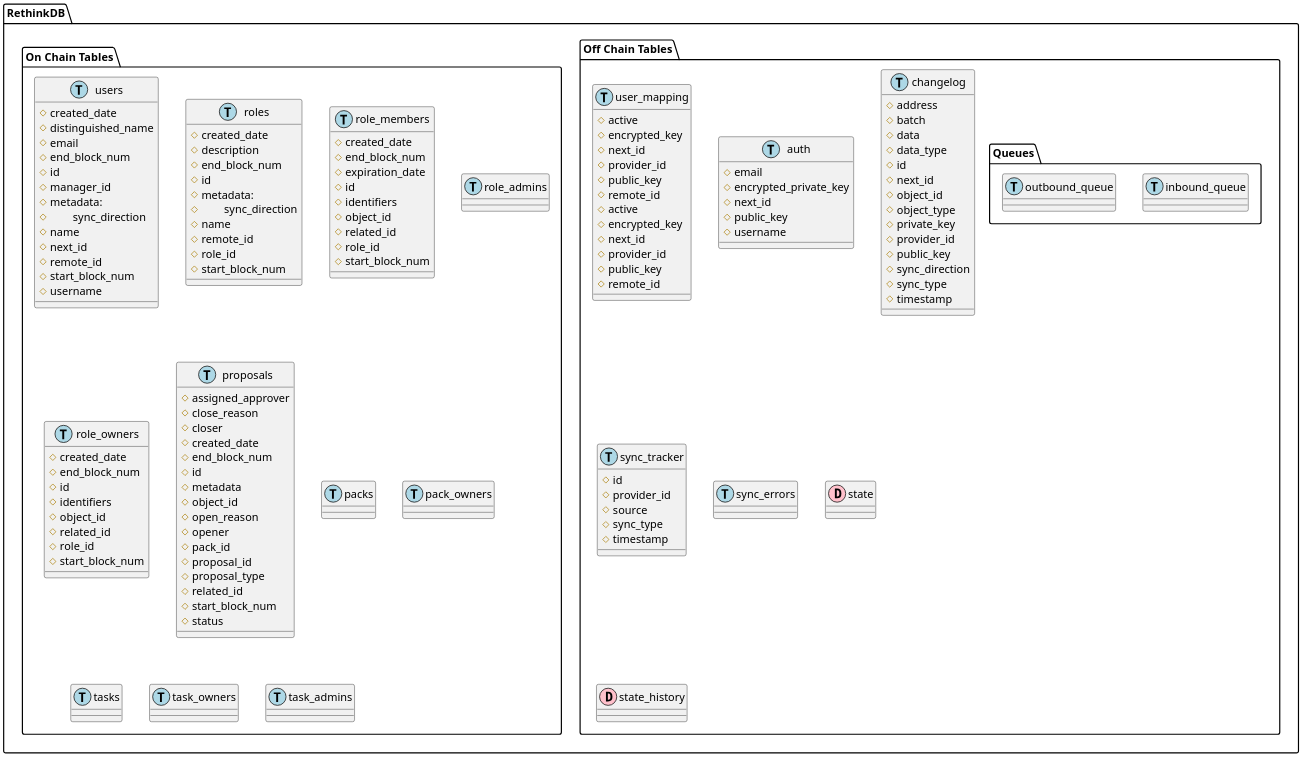
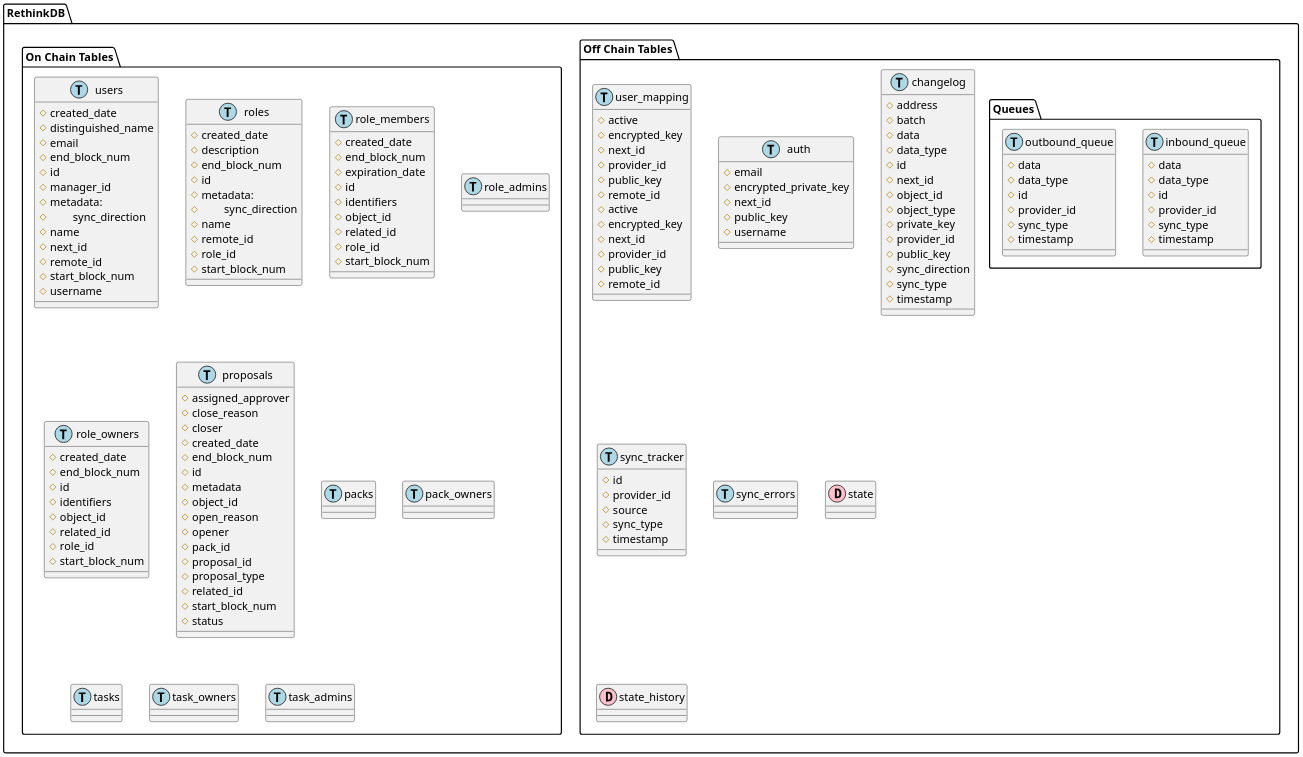
Before and after one commit to hyperledger-archives/sawtooth-next-directory: the diagram in docs/diagrams/src/rethink_db_schemas.wsd, drawn with PlantUML. The commit also changed 9 other files, not shown here.

```diff
--- a/docs/diagrams/src/rethink_db_schemas.wsd
+++ b/docs/diagrams/src/rethink_db_schemas.wsd
@@ -1,162 +1,172 @@
 @startuml RethinkDB Schemas
     allowmixing
     hide stereotype
     scale 2
 
     package "RethinkDB" {
         package "Off Chain Tables" {
             class user_mapping << (T,lightblue) >>{
                 #active
                 #encrypted_key
                 #next_id
                 #provider_id
                 #public_key
                 #remote_id
             }
             class auth << (T,lightblue) >>{
                 #email
                 #encrypted_private_key
                 #next_id
                 #public_key
                 #username
             }
             class changelog << (T,lightblue) >>{
                 #address
                 #batch
                 #data
                 #data_type
                 #id
                 #next_id
                 #object_id
                 #object_type
                 #private_key
                 #provider_id
                 #public_key
                 #sync_direction
                 #sync_type
                 #timestamp
             }
             class user_mapping << (T,lightblue) >>{
                 #active
                 #encrypted_key
                 #next_id
                 #provider_id
                 #public_key
                 #remote_id
             }
             class sync_tracker << (T,lightblue) >>{
                 #id
                 #provider_id
                 #source
                 #sync_type
                 #timestamp
             }
             class sync_errors << (T,lightblue) >> {
 
             }
             ' deprecated
             class state << (D,pink) Deprecated >> {
 
             }
             ' deprecated
             class state_history << (D,pink) Deprecated >> {
 
             }
             package "Queues"  {
                 class inbound_queue << (T,lightblue) >>{
-
+                    #data
+                    #data_type
+                    #id
+                    #provider_id
+                    #sync_type
+                    #timestamp
                 }
                 class outbound_queue << (T,lightblue) >>{
-                    
+                    #data
+                    #data_type
+                    #id
+                    #provider_id
+                    #sync_type
+                    #timestamp
                 }
             }
         }
         package "On Chain Tables" {
             class users << (T,lightblue) >>{
                 #created_date
                 #distinguished_name
                 #email
                 #end_block_num
                 #id
                 #manager_id
                 #metadata:
                 #\tsync_direction
                 #name
                 #next_id
                 #remote_id
                 #start_block_num
                 #username
 
             }
             class roles << (T,lightblue) >>{
                 #created_date
                 #description
                 #end_block_num
                 #id
                 #metadata:
                 #\tsync_direction
                 #name
                 #remote_id
                 #role_id
                 #start_block_num
             }
             class role_members << (T,lightblue) >>{
                 #created_date
                 #end_block_num
                 #expiration_date
                 #id
                 #identifiers
                 #object_id
                 #related_id
                 #role_id
                 #start_block_num
             }
             class role_admins << (T,lightblue) >>{
 
             }
             class role_owners << (T,lightblue) >>{
                 #created_date
                 #end_block_num
                 #id
                 #identifiers
                 #object_id
                 #related_id
                 #role_id
                 #start_block_num
             }
             class proposals << (T,lightblue) >>{
                 #assigned_approver
                 #close_reason
                 #closer
                 #created_date
                 #end_block_num
                 #id
                 #metadata
                 #object_id
                 #open_reason
                 #opener
                 #pack_id
                 #proposal_id
                 #proposal_type
                 #related_id
                 #start_block_num
                 #status
             }
             class packs << (T,lightblue) >> {
 
             }
             class pack_owners << (T,lightblue) >> {
 
             }
             class tasks << (T,lightblue) >> {
 
             }
             class task_owners << (T,lightblue) >> {
 
             }
             class task_admins << (T,lightblue) >> {
 
             }
         }
     }
 @enduml
```
